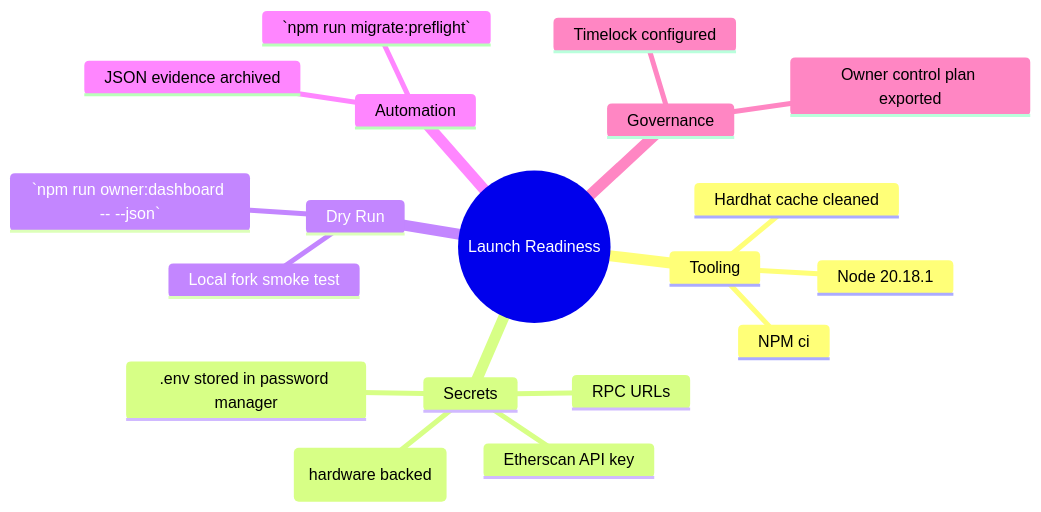
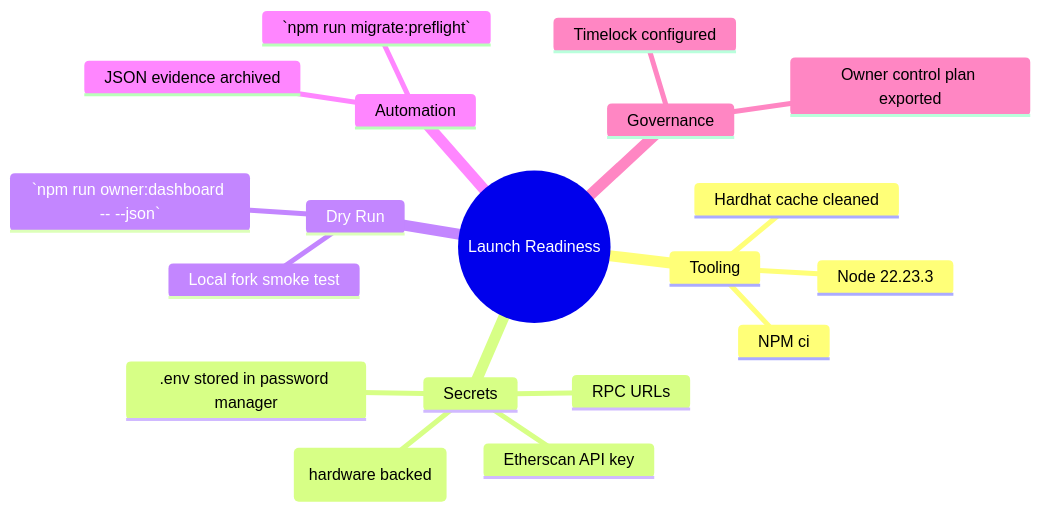
Before and after one commit to MontrealAI/AGIJobsv0: the second of 5 diagrams in docs/truffle-mainnet-playbook.md, drawn with Mermaid. The commit also changed other lines of this file and 94 other files, not shown here.

````diff
--- a/docs/truffle-mainnet-playbook.md
+++ b/docs/truffle-mainnet-playbook.md
@@ -32,22 +32,22 @@
 ```mermaid
 mindmap
   root((Launch Readiness))
     Tooling
-      Node 20.18.1
+      Node 22.23.3
       NPM ci
       Hardhat cache cleaned
     Secrets
       Private key (hardware backed)
       RPC URLs
       Etherscan API key
       .env stored in password manager
     Dry Run
       Local fork smoke test
       `npm run owner:dashboard -- --json`
     Automation
       `npm run migrate:preflight`
       JSON evidence archived
     Governance
       Timelock configured
       Owner control plan exported
 ```
````
